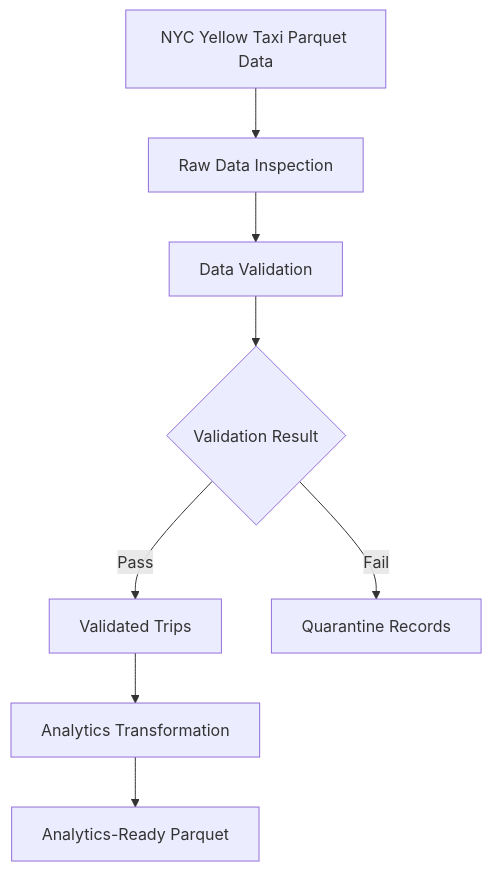
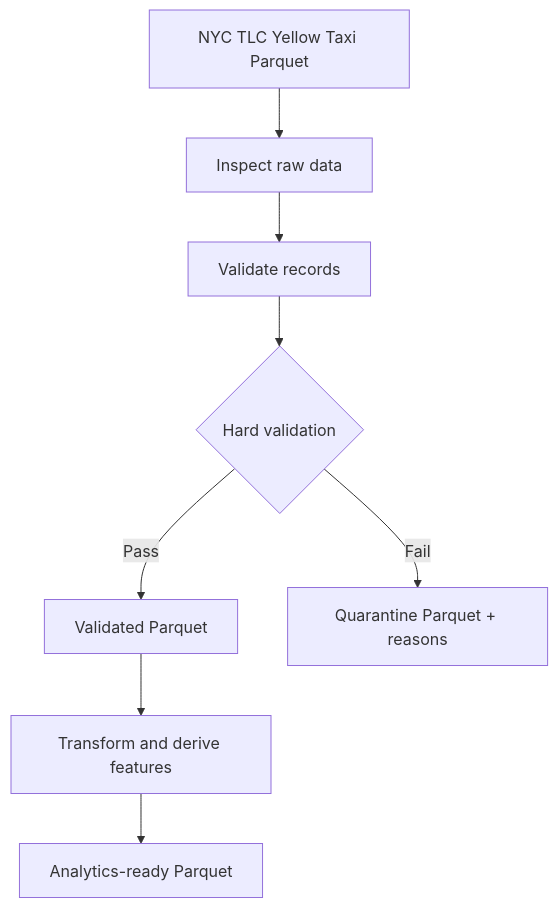
Before and after one commit to Manikantha24/uberpulse-ai-ready-ride-analytics-lakehouse: the first of 2 diagrams in README.md, drawn with Mermaid. The commit also changed other lines of this file, not shown here.

````diff
--- a/README.md
+++ b/README.md
@@ -21,10 +31,10 @@
-```mermaid
+``` mermaid
 flowchart TD
-    A[NYC Yellow Taxi Parquet Data] --> B[Raw Data Inspection]
-    B --> C[Data Validation]
-    C --> D{Validation Result}
-    D -->|Pass| E[Validated Trips]
-    D -->|Fail| F[Quarantine Records]
-    E --> G[Analytics Transformation]
-    G --> H[Analytics-Ready Parquet]
+    A[NYC TLC Yellow Taxi Parquet] --> B[Inspect raw data]
+    B --> C[Validate records]
+    C --> D{Hard validation}
+    D -->|Pass| E[Validated Parquet]
+    D -->|Fail| F[Quarantine Parquet + reasons]
+    E --> G[Transform and derive features]
+    G --> H[Analytics-ready Parquet]
 ```
````
